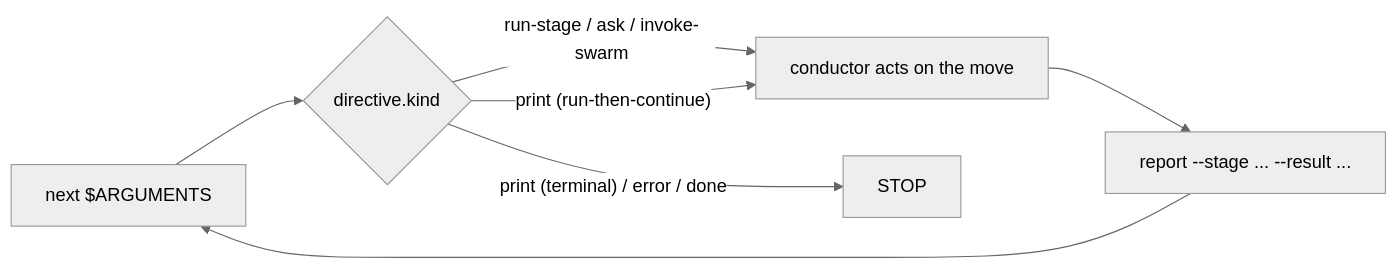
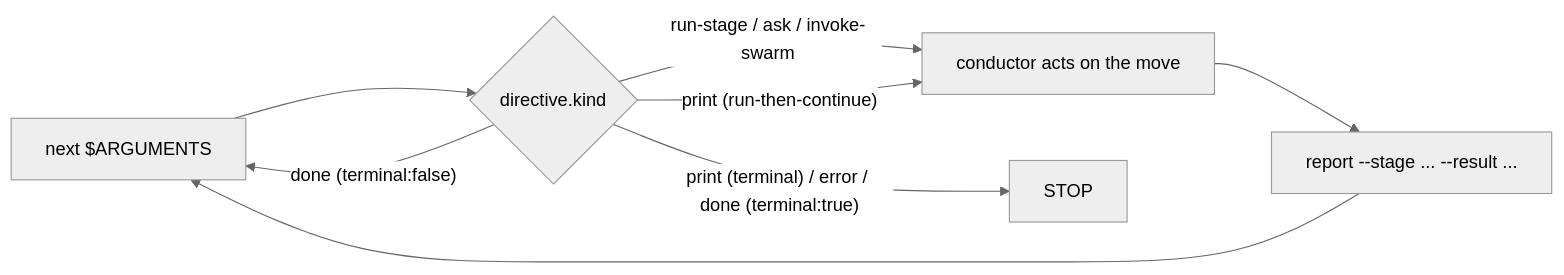
The diagram in docs/reference/17-skill-system.ja.md (amadeus-dlc/amadeus), drawn with Mermaid (neutral theme) before and after one commit. The commit also changed other lines of this file and 16 other files, not shown here.

````diff
--- a/docs/reference/17-skill-system.ja.md
+++ b/docs/reference/17-skill-system.ja.md
@@ -66,9 +66,10 @@
 ```mermaid
 flowchart LR
   A["next $ARGUMENTS"] --> B{"directive.kind"}
   B -->|"run-stage / ask / invoke-swarm"| C["conductor acts on the move"]
   C --> D["report --stage ... --result ..."]
   D --> A
   B -->|"print (run-then-continue)"| C
-  B -->|"print (terminal) / error / done"| E["STOP"]
+  B -->|"print (terminal) / error / done (terminal:true)"| E["STOP"]
+  B -->|"done (terminal:false)"| A
 ```
````
